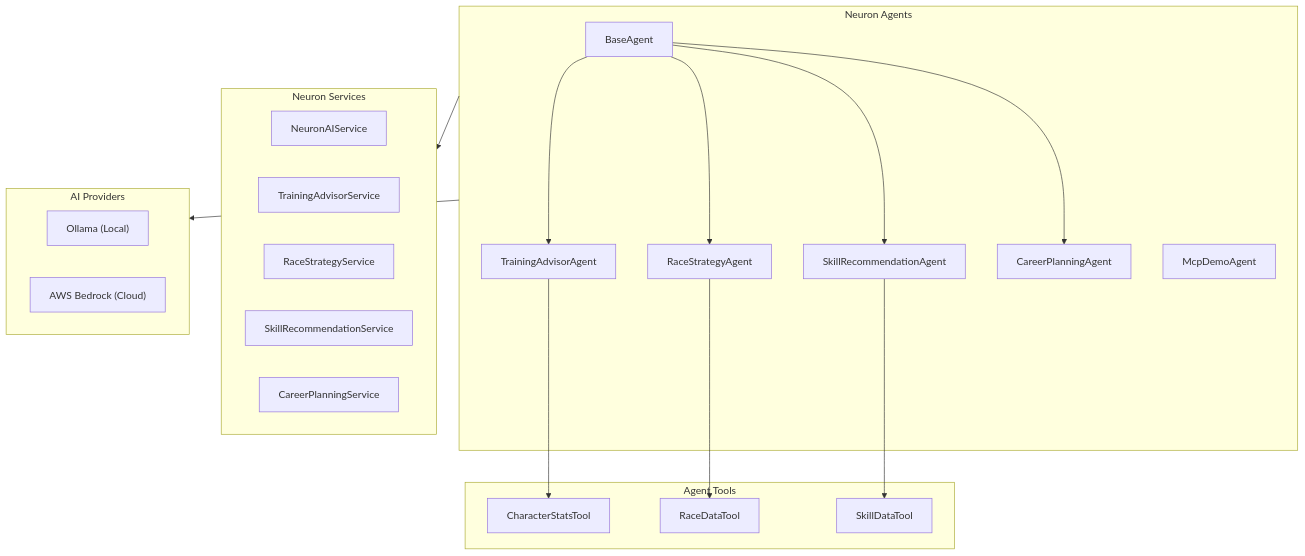
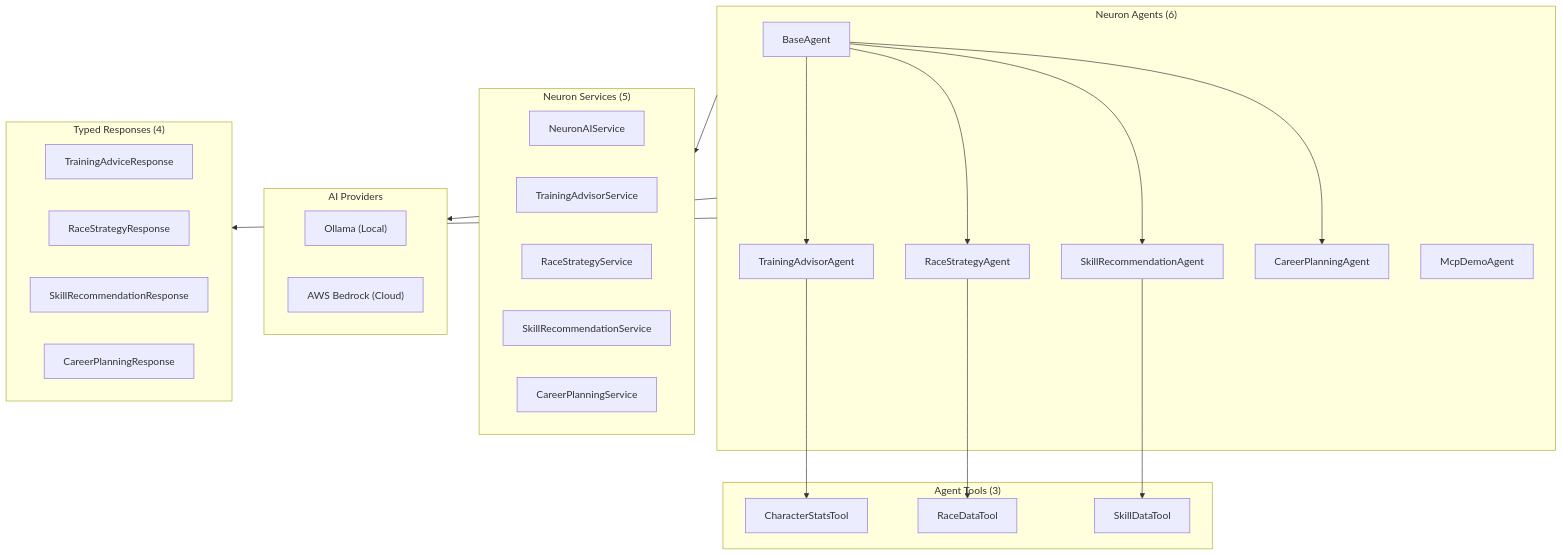
One commit to exatfrds67/umamusume-career-planner changed the sixth of 12 diagrams in docs/00-core-docs/010_SCD_Source_Code_Documentation.md. Above: the diagram before and after it, drawn with Mermaid. The commit also changed other lines of this file and 111 other files, not shown here.

````diff
--- a/docs/00-core-docs/010_SCD_Source_Code_Documentation.md
+++ b/docs/00-core-docs/010_SCD_Source_Code_Documentation.md
@@ -465,41 +495,49 @@
 ```mermaid
 flowchart TD
-    subgraph Agents["Neuron Agents"]
+    subgraph Agents["Neuron Agents (6)"]
         BaseAgent["BaseAgent"]
         TrainingAgent["TrainingAdvisorAgent"]
         RaceAgent["RaceStrategyAgent"]
         SkillAgent["SkillRecommendationAgent"]
         CareerAgent["CareerPlanningAgent"]
         McpDemo["McpDemoAgent"]
     end
     
-    subgraph Tools["Agent Tools"]
+    subgraph Tools["Agent Tools (3)"]
         StatsTool["CharacterStatsTool"]
         RaceTool["RaceDataTool"]
         SkillTool["SkillDataTool"]
     end
     
-    subgraph NeuronServices["Neuron Services"]
+    subgraph NeuronServices["Neuron Services (5)"]
         NeuronAIService["NeuronAIService"]
         TrainingAdvisorService["TrainingAdvisorService"]
         RaceStrategyService["RaceStrategyService"]
         SkillRecommendationService["SkillRecommendationService"]
         CareerPlanningService["CareerPlanningService"]
     end
     
     subgraph Providers["AI Providers"]
         Ollama["Ollama (Local)"]
         Bedrock["AWS Bedrock (Cloud)"]
     end
     
+    subgraph Responses["Typed Responses (4)"]
+        TrainingAdvResp["TrainingAdviceResponse"]
+        RaceStratResp["RaceStrategyResponse"]
+        SkillRecResp["SkillRecommendationResponse"]
+        CareerPlanResp["CareerPlanningResponse"]
+    end
+    
     BaseAgent --> TrainingAgent
     BaseAgent --> RaceAgent
     BaseAgent --> SkillAgent
     BaseAgent --> CareerAgent
     TrainingAgent --> StatsTool
     RaceAgent --> RaceTool
     SkillAgent --> SkillTool
     
     Agents --> NeuronServices
     Agents --> Providers
+    Agents --> Responses
 ```
````
